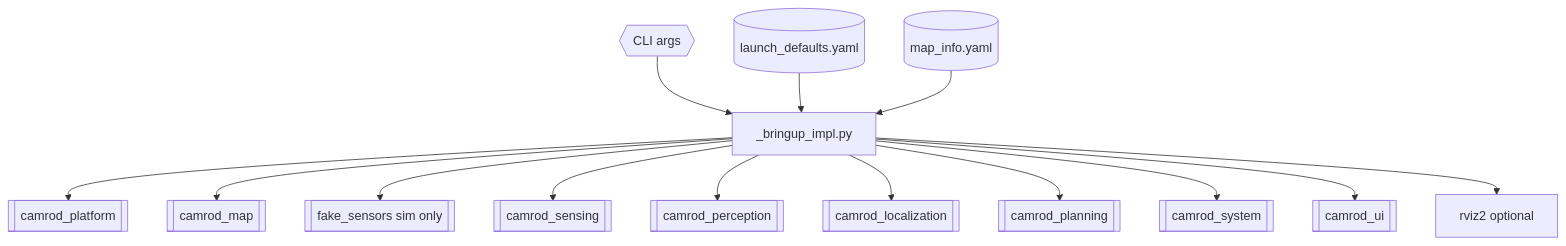
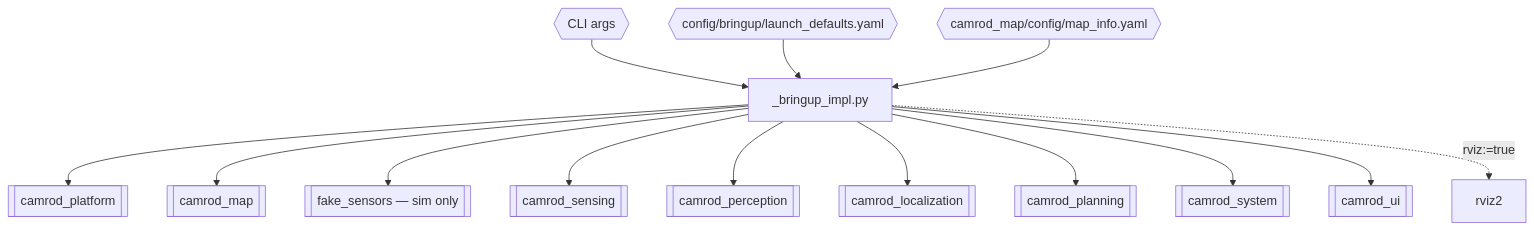
The first of 2 diagrams in camrod_bringup/README.md (hwanhonglee/CAMROD), drawn with Mermaid before and after one commit. The commit also changed other lines of this file and 15 other files, not shown here.

First line of the commit message:
docs: full README refactor — 12-section standard, diagrams, interface contracts (v1.10)

````diff
--- a/camrod_bringup/README.md
+++ b/camrod_bringup/README.md
@@ -7,17 +50,17 @@
 ```mermaid
 graph TD
   CLI{{CLI args}} --> IMPL[_bringup_impl.py]
-  DEF[(launch_defaults.yaml)] --> IMPL
-  MAPINFO[(map_info.yaml)] --> IMPL
+  DEF{{"config/bringup/launch_defaults.yaml"}} --> IMPL
+  MAPINFO{{"camrod_map/config/map_info.yaml"}} --> IMPL
 
   IMPL --> PLAT[[camrod_platform]]
   IMPL --> MAP[[camrod_map]]
-  IMPL --> SIM[[fake_sensors sim only]]
+  IMPL --> SIM[[fake_sensors — sim only]]
   IMPL --> SENS[[camrod_sensing]]
   IMPL --> PER[[camrod_perception]]
   IMPL --> LOC[[camrod_localization]]
   IMPL --> PLAN[[camrod_planning]]
   IMPL --> SYS[[camrod_system]]
   IMPL --> UI[[camrod_ui]]
-  IMPL --> RVIZ[rviz2 optional]
+  IMPL -.->|rviz:=true| RVIZ[rviz2]
 ```
````
